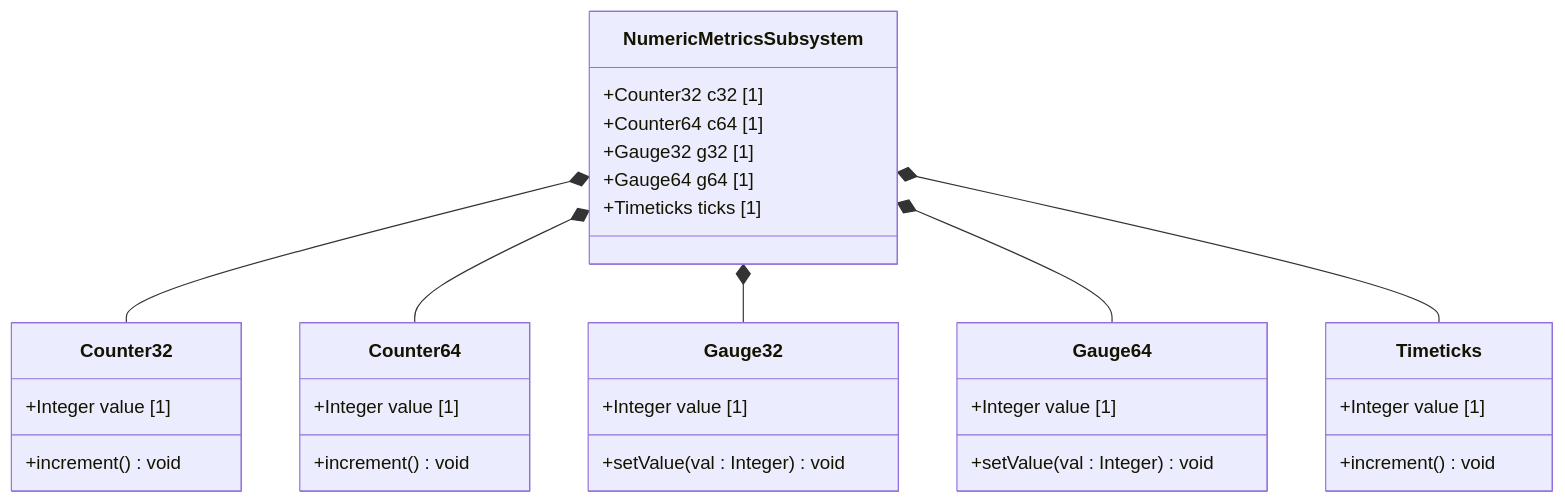
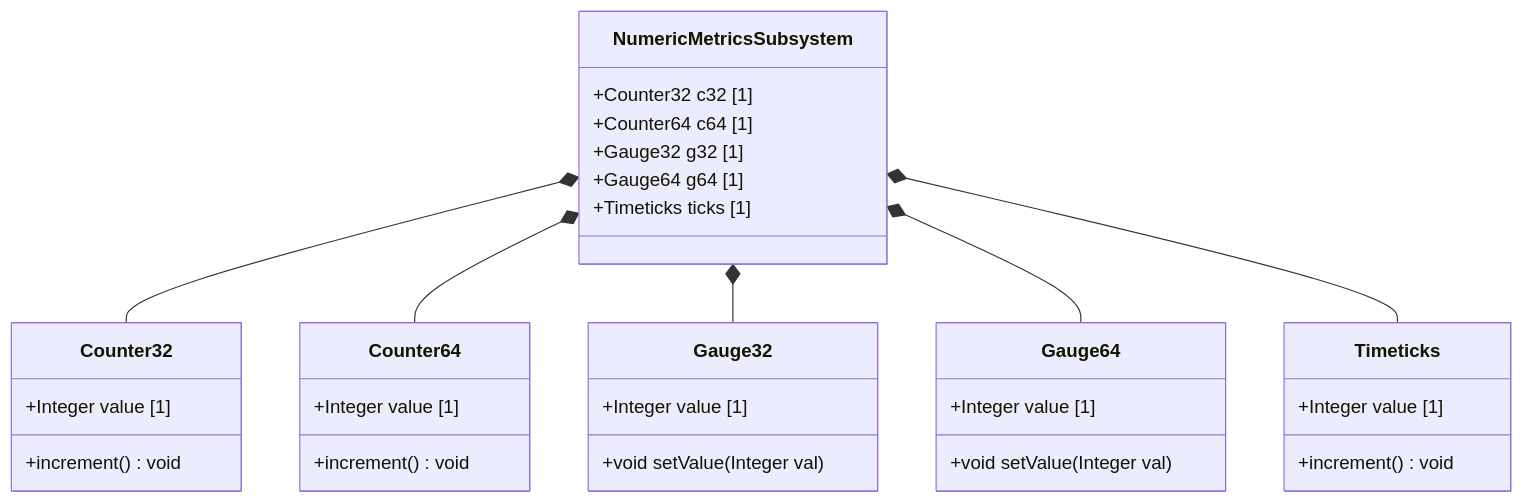
One commit to gintatkinson/digital-pipeline-repo changed the diagram in docs/features/feat-04-numeric-metrics.md. Above: the diagram before and after it, drawn with Mermaid. The commit also changed 16 other files, not shown here.

Commit message:
feat: implement fix_mermaid_colons.py and repair existing Mermaid class diagrams

````diff
--- a/docs/features/feat-04-numeric-metrics.md
+++ b/docs/features/feat-04-numeric-metrics.md
@@ -12,35 +12,35 @@
 ```mermaid
 classDiagram
     class NumericMetricsSubsystem {
         +Counter32 c32 [1]
         +Counter64 c64 [1]
         +Gauge32 g32 [1]
         +Gauge64 g64 [1]
         +Timeticks ticks [1]
     }
     class Counter32 {
         +Integer value [1]
         +increment() void
     }
     class Counter64 {
         +Integer value [1]
         +increment() void
     }
     class Gauge32 {
         +Integer value [1]
-        +setValue(val : Integer) void
+        +void setValue(Integer val)
     }
     class Gauge64 {
         +Integer value [1]
-        +setValue(val : Integer) void
+        +void setValue(Integer val)
     }
     class Timeticks {
         +Integer value [1]
         +increment() void
     }
     NumericMetricsSubsystem *-- Counter32
     NumericMetricsSubsystem *-- Counter64
     NumericMetricsSubsystem *-- Gauge32
     NumericMetricsSubsystem *-- Gauge64
     NumericMetricsSubsystem *-- Timeticks
 ```
````
